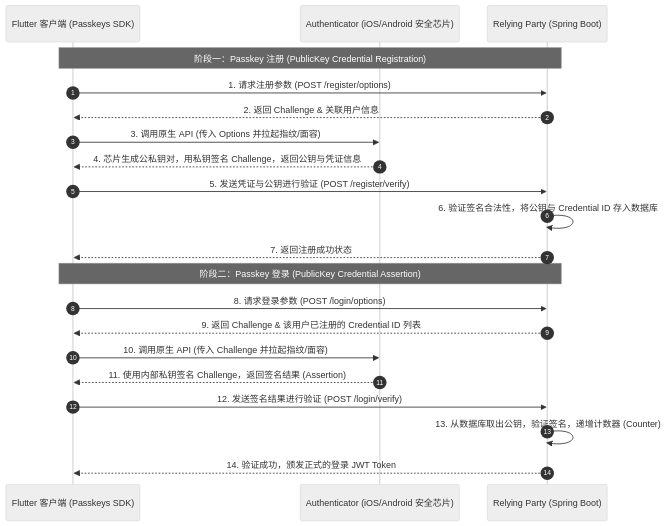
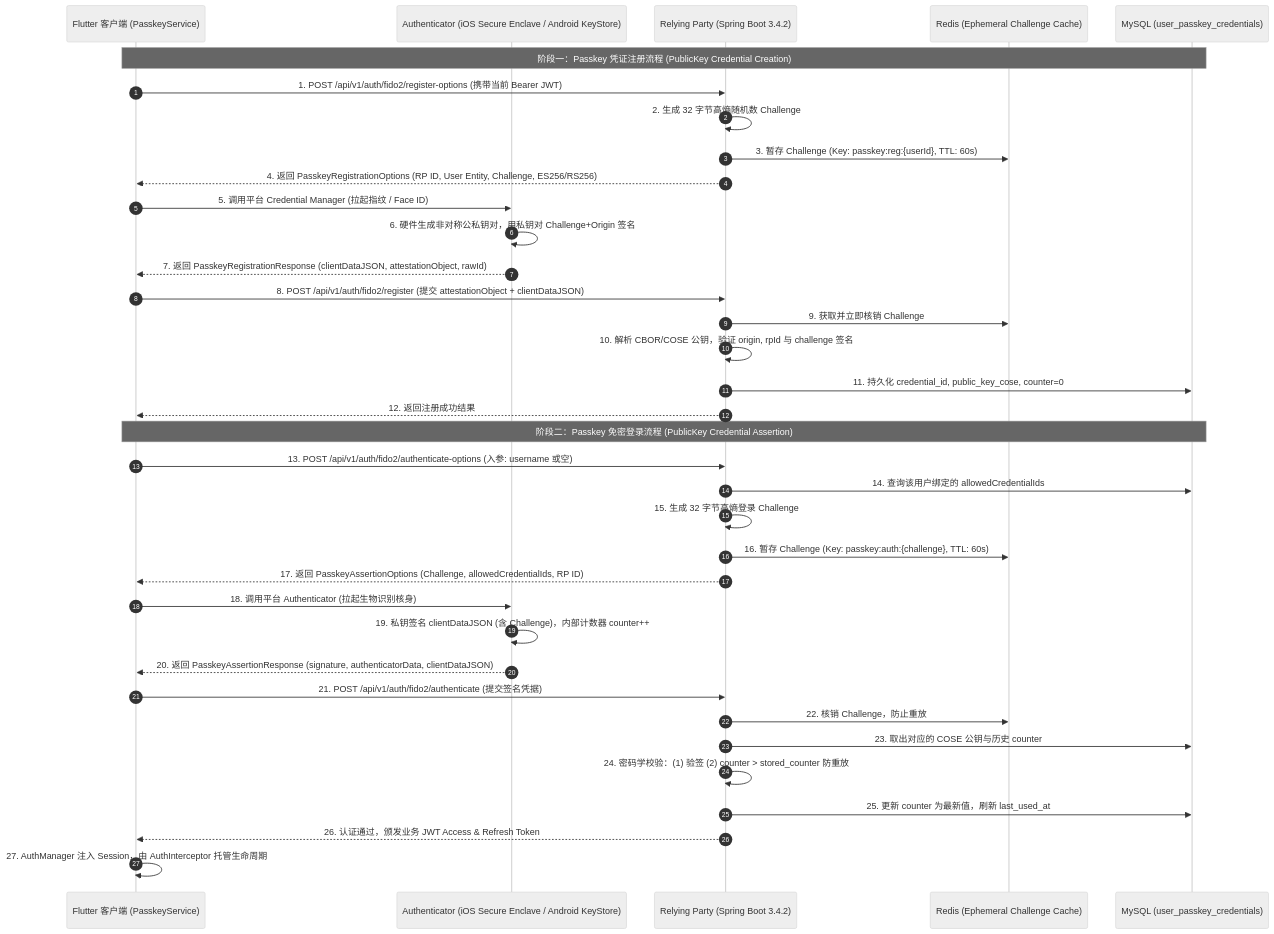
Before and after one commit to listen2code/ListenPortfolioFlutter: the first of 2 diagrams in docs/fido2_implementation_design.md, drawn with Mermaid (neutral theme). The commit also changed other lines of this file and 125 other files, not shown here.

First line of the commit message:
docs & chore: calibrate architecture documentation and add detailed English code comments

````diff
--- a/docs/fido2_implementation_design.md
+++ b/docs/fido2_implementation_design.md
@@ -18,25 +21,42 @@
 ```mermaid
 sequenceDiagram
     autonumber
-    participant App as Flutter 客户端 (Passkeys SDK)
-    participant OS as Authenticator (iOS/Android 安全芯片)
-    participant RP as Relying Party (Spring Boot)
-    
-    Note over App, RP: 阶段一：Passkey 注册 (PublicKey Credential Registration)
-    App->>RP: 1. 请求注册参数 (POST /register/options)
-    RP-->>App: 2. 返回 Challenge & 关联用户信息
-    App->>OS: 3. 调用原生 API (传入 Options 并拉起指纹/面容)
-    OS-->>App: 4. 芯片生成公私钥对，用私钥签名 Challenge，返回公钥与凭证信息
-    App->>RP: 5. 发送凭证与公钥进行验证 (POST /register/verify)
-    RP->>RP: 6. 验证签名合法性，将公钥与 Credential ID 存入数据库
-    RP-->>App: 7. 返回注册成功状态
+    participant Client as Flutter 客户端 (PasskeyService)
+    participant Platform as Authenticator (iOS Secure Enclave / Android KeyStore)
+    participant Backend as Relying Party (Spring Boot 3.4.2)
+    participant Redis as Redis (Ephemeral Challenge Cache)
+    participant DB as MySQL (user_passkey_credentials)
 
-    Note over App, RP: 阶段二：Passkey 登录 (PublicKey Credential Assertion)
-    App->>RP: 8. 请求登录参数 (POST /login/options)
-    RP-->>App: 9. 返回 Challenge & 该用户已注册的 Credential ID 列表
-    App->>OS: 10. 调用原生 API (传入 Challenge 并拉起指纹/面容)
-    OS-->>App: 11. 使用内部私钥签名 Challenge，返回签名结果 (Assertion)
-    App->>RP: 12. 发送签名结果进行验证 (POST /login/verify)
-    RP->>RP: 13. 从数据库取出公钥，验证签名，递增计数器 (Counter)
-    RP-->>App: 14. 验证成功，颁发正式的登录 JWT Token
+    %% 阶段一：凭证注册
+    Note over Client, DB: 阶段一：Passkey 凭证注册流程 (PublicKey Credential Creation)
+    Client->>Backend: 1. POST /api/v1/auth/fido2/register-options (携带当前 Bearer JWT)
+    Backend->>Backend: 2. 生成 32 字节高熵随机数 Challenge
+    Backend->>Redis: 3. 暂存 Challenge (Key: passkey:reg:{userId}, TTL: 60s)
+    Backend-->>Client: 4. 返回 PasskeyRegistrationOptions (RP ID, User Entity, Challenge, ES256/RS256)
+    Client->>Platform: 5. 调用平台 Credential Manager (拉起指纹 / Face ID)
+    Platform->>Platform: 6. 硬件生成非对称公私钥对，用私钥对 Challenge+Origin 签名
+    Platform-->>Client: 7. 返回 PasskeyRegistrationResponse (clientDataJSON, attestationObject, rawId)
+    Client->>Backend: 8. POST /api/v1/auth/fido2/register (提交 attestationObject + clientDataJSON)
+    Backend->>Redis: 9. 获取并立即核销 Challenge
+    Backend->>Backend: 10. 解析 CBOR/COSE 公钥，验证 origin, rpId 与 challenge 签名
+    Backend->>DB: 11. 持久化 credential_id, public_key_cose, counter=0
+    Backend-->>Client: 12. 返回注册成功结果
+
+    %% 阶段二：免密认证
+    Note over Client, DB: 阶段二：Passkey 免密登录流程 (PublicKey Credential Assertion)
+    Client->>Backend: 13. POST /api/v1/auth/fido2/authenticate-options (入参: username 或空)
+    Backend->>DB: 14. 查询该用户绑定的 allowedCredentialIds
+    Backend->>Backend: 15. 生成 32 字节高熵登录 Challenge
+    Backend->>Redis: 16. 暂存 Challenge (Key: passkey:auth:{challenge}, TTL: 60s)
+    Backend-->>Client: 17. 返回 PasskeyAssertionOptions (Challenge, allowedCredentialIds, RP ID)
+    Client->>Platform: 18. 调用平台 Authenticator (拉起生物识别核身)
+    Platform->>Platform: 19. 私钥签名 clientDataJSON (含 Challenge)，内部计数器 counter++
+    Platform-->>Client: 20. 返回 PasskeyAssertionResponse (signature, authenticatorData, clientDataJSON)
+    Client->>Backend: 21. POST /api/v1/auth/fido2/authenticate (提交签名凭据)
+    Backend->>Redis: 22. 核销 Challenge，防止重放
+    Backend->>DB: 23. 取出对应的 COSE 公钥与历史 counter
+    Backend->>Backend: 24. 密码学校验：(1) 验签 (2) counter > stored_counter 防重放
+    Backend->>DB: 25. 更新 counter 为最新值，刷新 last_used_at
+    Backend-->>Client: 26. 认证通过，颁发业务 JWT Access & Refresh Token
+    Client->>Client: 27. AuthManager 注入 Session，由 AuthInterceptor 托管生命周期
 ```
````
